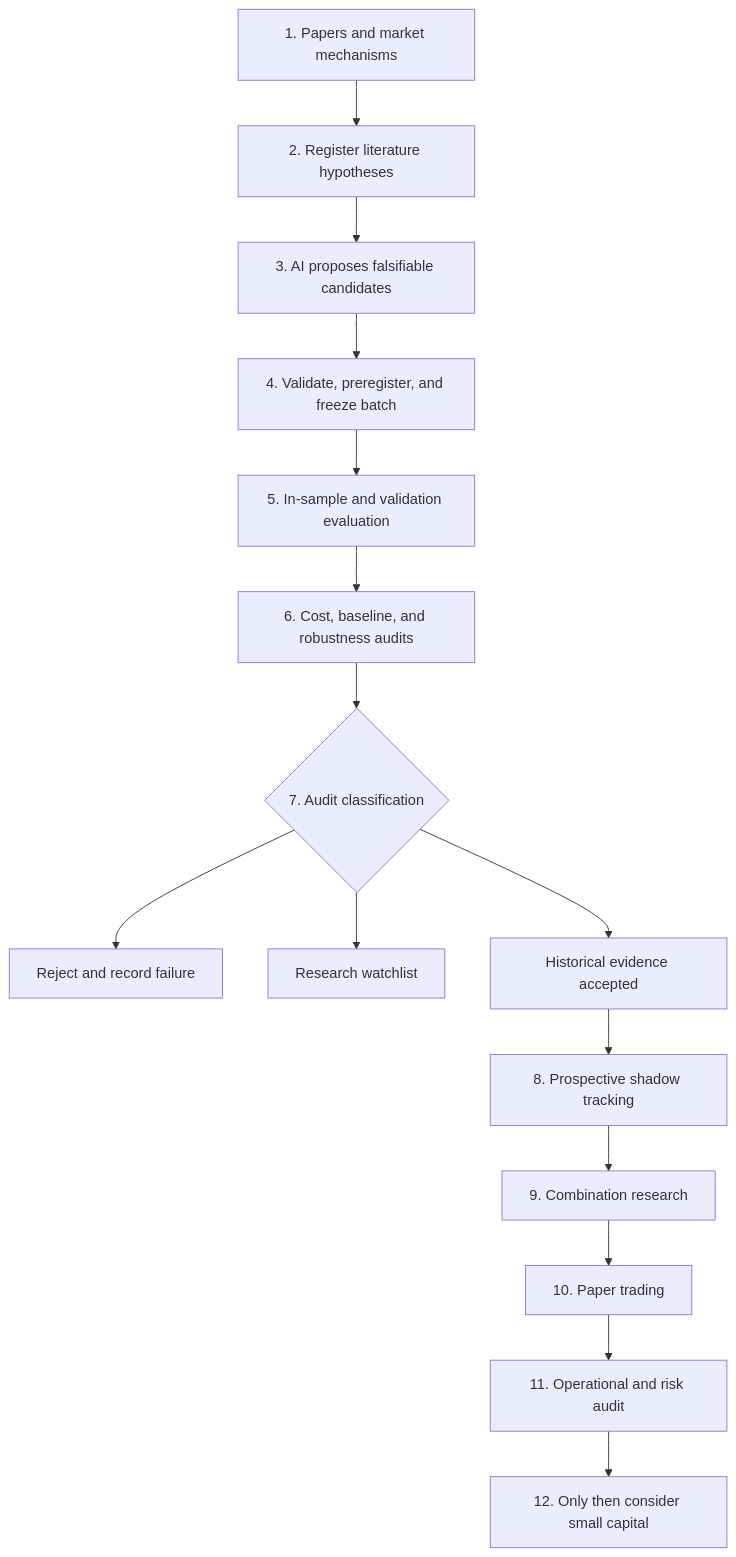
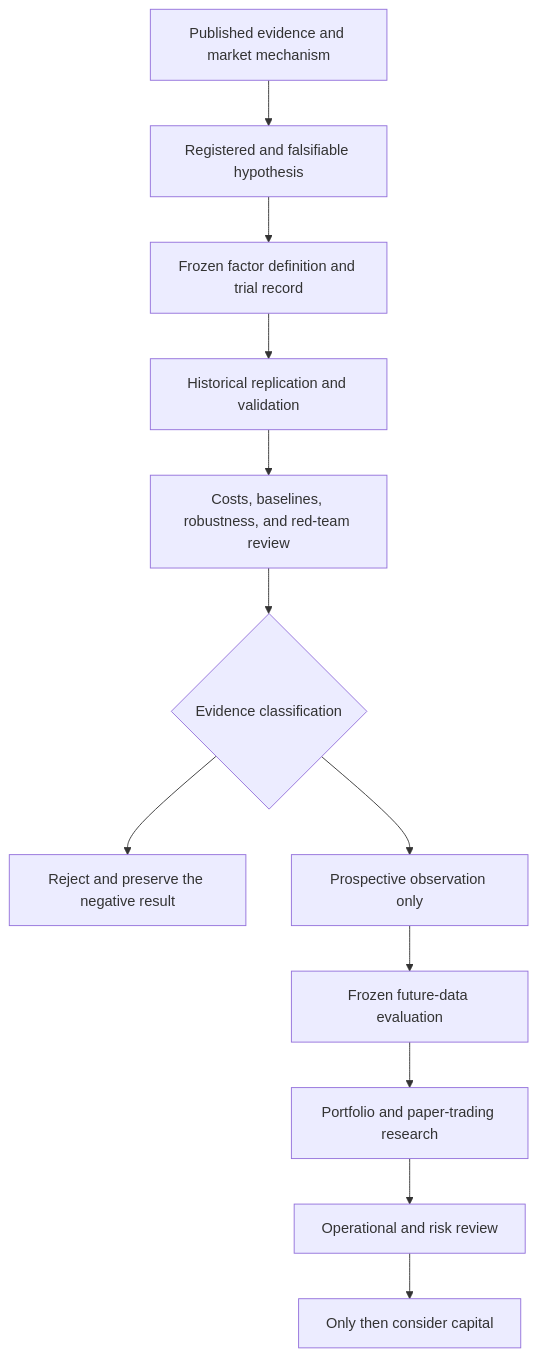
One commit to qniequn-boop/open-crypto-factor-research changed the diagram in README.md. Above: the diagram before and after it, drawn with Mermaid. The commit also changed other lines of this file and 10 other files, not shown here.

````diff
--- a/README.md
+++ b/README.md
@@ -44,17 +43,14 @@
 ```mermaid
 flowchart TD
-    A["1. Papers and market mechanisms"] --> B["2. Register literature hypotheses"]
-    B --> C["3. AI proposes falsifiable candidates"]
-    C --> D["4. Validate, preregister, and freeze batch"]
-    D --> E["5. In-sample and validation evaluation"]
-    E --> F["6. Cost, baseline, and robustness audits"]
-    F --> G{"7. Audit classification"}
-    G --> H["Reject and record failure"]
-    G --> I["Research watchlist"]
-    G --> J["Historical evidence accepted"]
-    J --> K["8. Prospective shadow tracking"]
-    K --> L["9. Combination research"]
-    L --> M["10. Paper trading"]
-    M --> N["11. Operational and risk audit"]
-    N --> O["12. Only then consider small capital"]
+    A["Published evidence and market mechanism"] --> B["Registered and falsifiable hypothesis"]
+    B --> C["Frozen factor definition and trial record"]
+    C --> D["Historical replication and validation"]
+    D --> E["Costs, baselines, robustness, and red-team review"]
+    E --> F{"Evidence classification"}
+    F --> G["Reject and preserve the negative result"]
+    F --> H["Prospective observation only"]
+    H --> I["Frozen future-data evaluation"]
+    I --> J["Portfolio and paper-trading research"]
+    J --> K["Operational and risk review"]
+    K --> L["Only then consider capital"]
 ```
````
